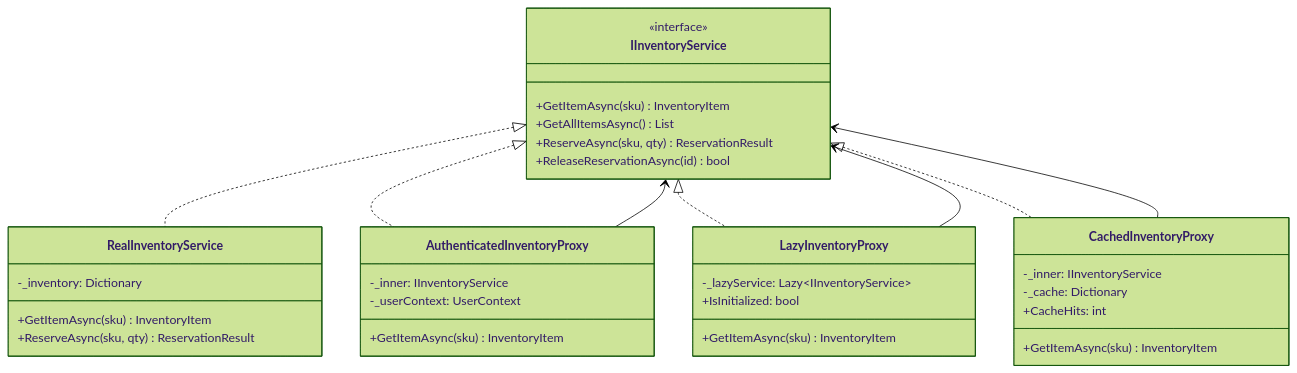
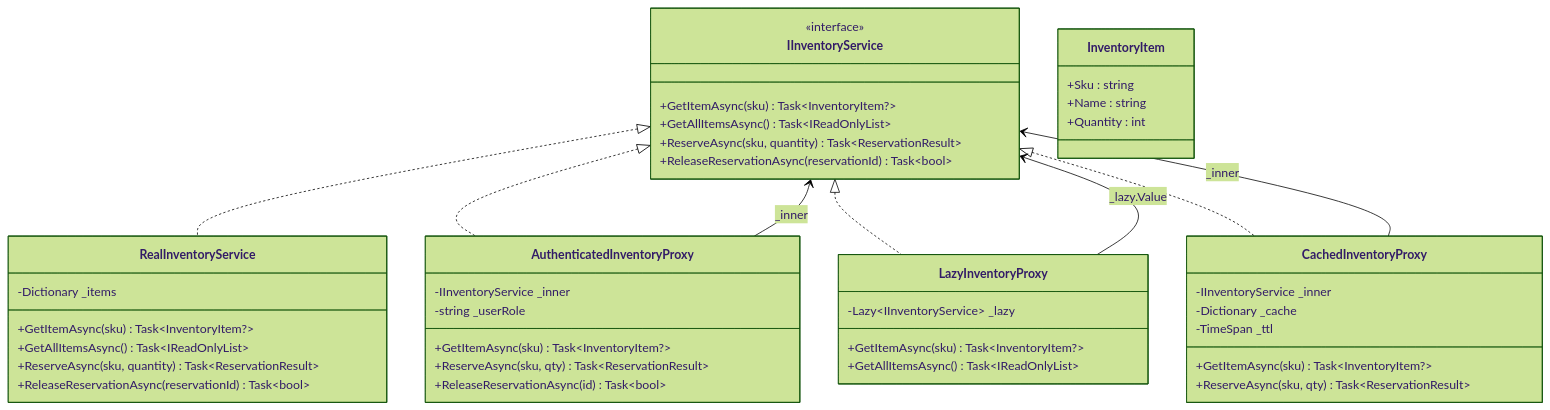
The first of 2 diagrams in src/DesignPatterns.Structural/Proxy/README.md (senapatisantosh/DotnetAdvanceDesignPattern), drawn with Mermaid (forest theme) before and after one commit. The commit also changed other lines of this file and 3 other files, not shown here.

````diff
--- a/src/DesignPatterns.Structural/Proxy/README.md
+++ b/src/DesignPatterns.Structural/Proxy/README.md
@@ -102,43 +80,54 @@
 ```mermaid
 classDiagram
     class IInventoryService {
         <<interface>>
-        +GetItemAsync(sku) InventoryItem
-        +GetAllItemsAsync() List
-        +ReserveAsync(sku, qty) ReservationResult
-        +ReleaseReservationAsync(id) bool
+        +GetItemAsync(sku) Task~InventoryItem?~
+        +GetAllItemsAsync() Task~IReadOnlyList~
+        +ReserveAsync(sku, quantity) Task~ReservationResult~
+        +ReleaseReservationAsync(reservationId) Task~bool~
     }
 
     class RealInventoryService {
-        -_inventory: Dictionary
-        +GetItemAsync(sku) InventoryItem
-        +ReserveAsync(sku, qty) ReservationResult
+        -Dictionary _items
+        +GetItemAsync(sku) Task~InventoryItem?~
+        +GetAllItemsAsync() Task~IReadOnlyList~
+        +ReserveAsync(sku, quantity) Task~ReservationResult~
+        +ReleaseReservationAsync(reservationId) Task~bool~
     }
 
     class AuthenticatedInventoryProxy {
-        -_inner: IInventoryService
-        -_userContext: UserContext
-        +GetItemAsync(sku) InventoryItem
+        -IInventoryService _inner
+        -string _userRole
+        +GetItemAsync(sku) Task~InventoryItem?~
+        +ReserveAsync(sku, qty) Task~ReservationResult~
+        +ReleaseReservationAsync(id) Task~bool~
     }
 
     class LazyInventoryProxy {
-        -_lazyService: Lazy~IInventoryService~
-        +IsInitialized: bool
-        +GetItemAsync(sku) InventoryItem
+        -Lazy~IInventoryService~ _lazy
+        +GetItemAsync(sku) Task~InventoryItem?~
+        +GetAllItemsAsync() Task~IReadOnlyList~
     }
 
     class CachedInventoryProxy {
-        -_inner: IInventoryService
-        -_cache: Dictionary
-        +CacheHits: int
-        +GetItemAsync(sku) InventoryItem
+        -IInventoryService _inner
+        -Dictionary _cache
+        -TimeSpan _ttl
+        +GetItemAsync(sku) Task~InventoryItem?~
+        +ReserveAsync(sku, qty) Task~ReservationResult~
+    }
+
+    class InventoryItem {
+        +Sku : string
+        +Name : string
+        +Quantity : int
     }
 
     IInventoryService <|.. RealInventoryService
     IInventoryService <|.. AuthenticatedInventoryProxy
     IInventoryService <|.. LazyInventoryProxy
     IInventoryService <|.. CachedInventoryProxy
-    AuthenticatedInventoryProxy --> IInventoryService
-    LazyInventoryProxy --> IInventoryService
-    CachedInventoryProxy --> IInventoryService
+    AuthenticatedInventoryProxy --> IInventoryService : _inner
+    LazyInventoryProxy --> IInventoryService : _lazy.Value
+    CachedInventoryProxy --> IInventoryService : _inner
 ```
````
